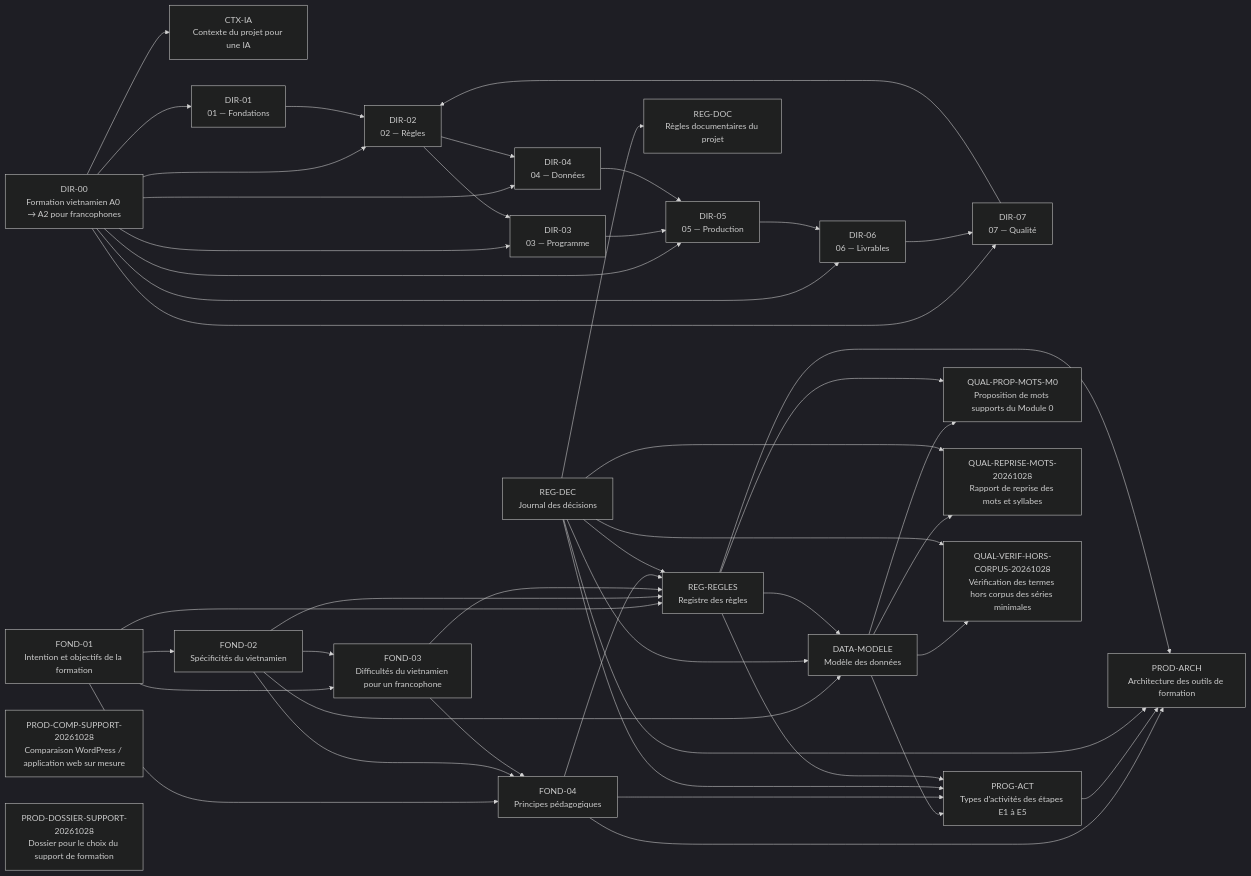
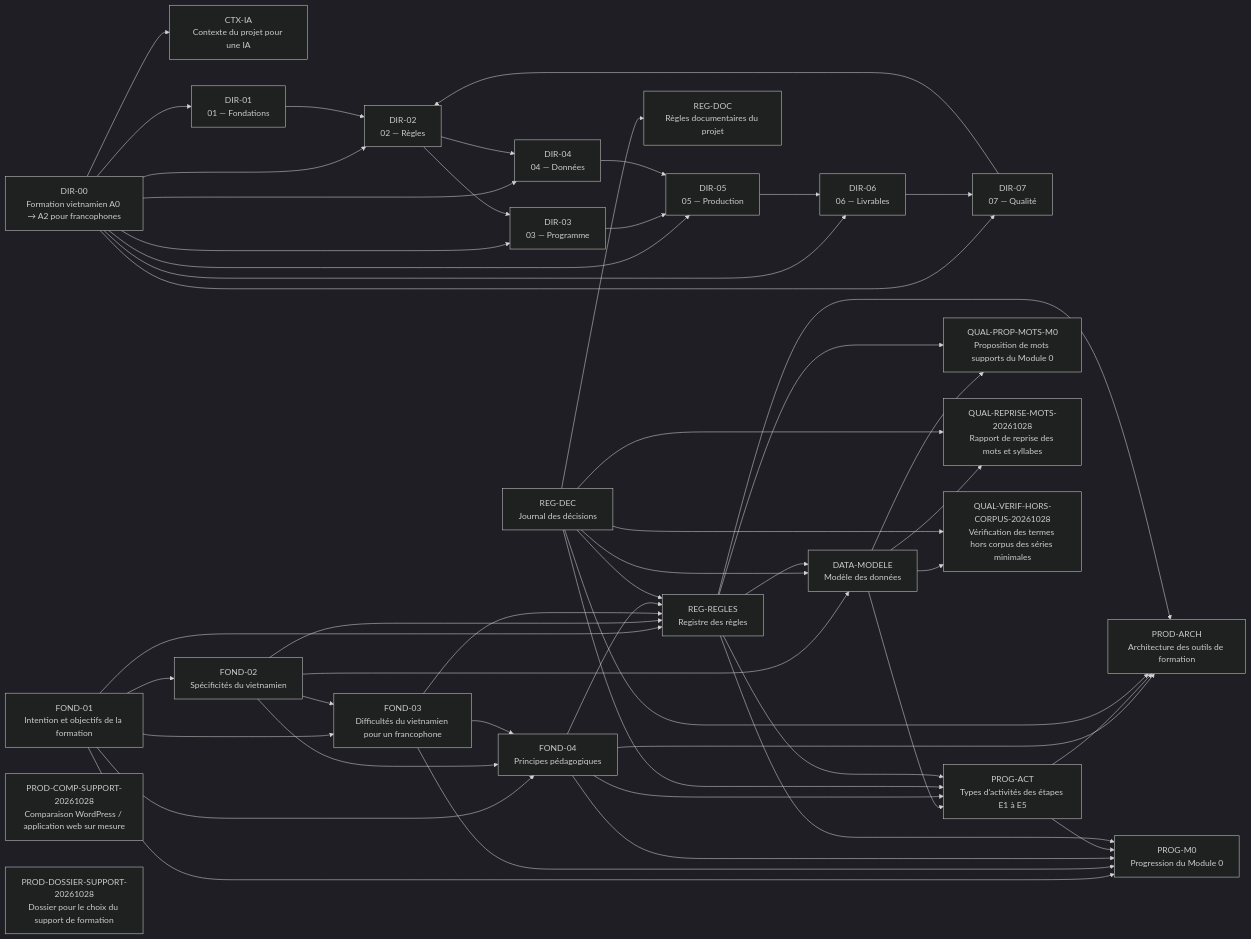
The diagram in CARTE_DOCUMENTAIRE.md (cappleinouest-lang/viet-project), drawn with Mermaid (dark theme) before and after one commit. The commit also changed other lines of this file and 11 other files, not shown here.

Commit message:
Programme du Module 0 (PROG-M0) ; DEC-0031 : tuy et chuyen ajoutes, 9 sons rares reportes en A1-A2

````diff
--- a/CARTE_DOCUMENTAIRE.md
+++ b/CARTE_DOCUMENTAIRE.md
@@ -21,72 +21,78 @@
 ```mermaid
 graph LR
   CTX_IA["CTX-IA<br/>Contexte du projet pour une IA"]
   DATA_MODELE["DATA-MODELE<br/>Modèle des données"]
   DIR_00["DIR-00<br/>Formation vietnamien A0 → A2 pour francophones"]
   DIR_01["DIR-01<br/>01 — Fondations"]
   DIR_02["DIR-02<br/>02 — Règles"]
   DIR_03["DIR-03<br/>03 — Programme"]
   DIR_04["DIR-04<br/>04 — Données"]
   DIR_05["DIR-05<br/>05 — Production"]
   DIR_06["DIR-06<br/>06 — Livrables"]
   DIR_07["DIR-07<br/>07 — Qualité"]
   FOND_01["FOND-01<br/>Intention et objectifs de la formation"]
   FOND_02["FOND-02<br/>Spécificités du vietnamien"]
   FOND_03["FOND-03<br/>Difficultés du vietnamien pour un francophone"]
   FOND_04["FOND-04<br/>Principes pédagogiques"]
   PROD_ARCH["PROD-ARCH<br/>Architecture des outils de formation"]
   PROD_COMP_SUPPORT_20261028["PROD-COMP-SUPPORT-20261028<br/>Comparaison WordPress / application web sur mesure"]
   PROD_DOSSIER_SUPPORT_20261028["PROD-DOSSIER-SUPPORT-20261028<br/>Dossier pour le choix du support de formation"]
   PROG_ACT["PROG-ACT<br/>Types d'activités des étapes E1 à E5"]
+  PROG_M0["PROG-M0<br/>Progression du Module 0"]
   QUAL_PROP_MOTS_M0["QUAL-PROP-MOTS-M0<br/>Proposition de mots supports du Module 0"]
   QUAL_REPRISE_MOTS_20261028["QUAL-REPRISE-MOTS-20261028<br/>Rapport de reprise des mots et syllabes"]
   QUAL_VERIF_HORS_CORPUS_20261028["QUAL-VERIF-HORS-CORPUS-20261028<br/>Vérification des termes hors corpus des séries minimales"]
   REG_DEC["REG-DEC<br/>Journal des décisions"]
   REG_DOC["REG-DOC<br/>Règles documentaires du projet"]
   REG_REGLES["REG-REGLES<br/>Registre des règles"]
   DATA_MODELE --> PROG_ACT
   DATA_MODELE --> QUAL_PROP_MOTS_M0
   DATA_MODELE --> QUAL_REPRISE_MOTS_20261028
   DATA_MODELE --> QUAL_VERIF_HORS_CORPUS_20261028
   DIR_00 --> CTX_IA
   DIR_00 --> DIR_01
   DIR_00 --> DIR_02
   DIR_00 --> DIR_03
   DIR_00 --> DIR_04
   DIR_00 --> DIR_05
   DIR_00 --> DIR_06
   DIR_00 --> DIR_07
   DIR_01 --> DIR_02
   DIR_02 --> DIR_03
   DIR_02 --> DIR_04
   DIR_03 --> DIR_05
   DIR_04 --> DIR_05
   DIR_05 --> DIR_06
   DIR_06 --> DIR_07
   DIR_07 --> DIR_02
   FOND_01 --> FOND_02
   FOND_01 --> FOND_03
   FOND_01 --> FOND_04
+  FOND_01 --> PROG_M0
   FOND_01 --> REG_REGLES
   FOND_02 --> DATA_MODELE
   FOND_02 --> FOND_03
   FOND_02 --> FOND_04
   FOND_02 --> REG_REGLES
   FOND_03 --> FOND_04
+  FOND_03 --> PROG_M0
   FOND_03 --> REG_REGLES
   FOND_04 --> PROD_ARCH
   FOND_04 --> PROG_ACT
+  FOND_04 --> PROG_M0
   FOND_04 --> REG_REGLES
   PROG_ACT --> PROD_ARCH
+  PROG_ACT --> PROG_M0
   REG_DEC --> DATA_MODELE
   REG_DEC --> PROD_ARCH
   REG_DEC --> PROG_ACT
   REG_DEC --> QUAL_REPRISE_MOTS_20261028
   REG_DEC --> QUAL_VERIF_HORS_CORPUS_20261028
   REG_DEC --> REG_DOC
   REG_DEC --> REG_REGLES
   REG_REGLES --> DATA_MODELE
   REG_REGLES --> PROD_ARCH
   REG_REGLES --> PROG_ACT
+  REG_REGLES --> PROG_M0
   REG_REGLES --> QUAL_PROP_MOTS_M0
 ```
````
